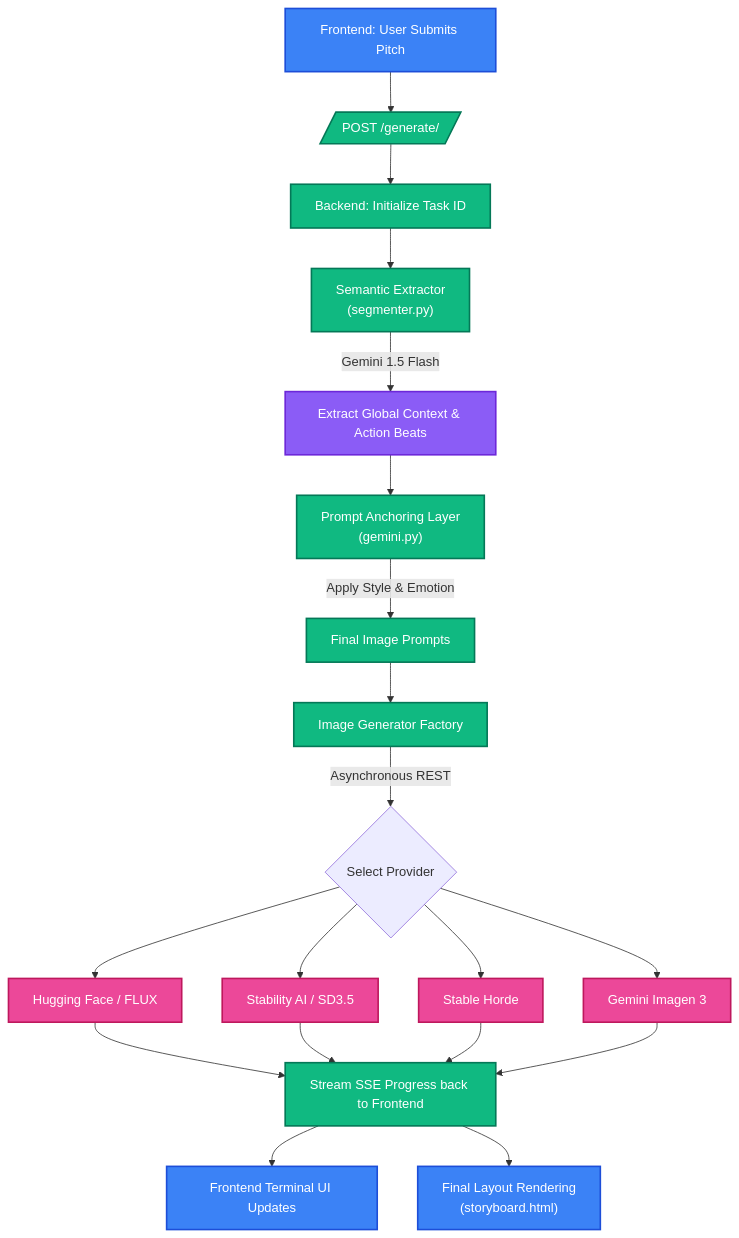
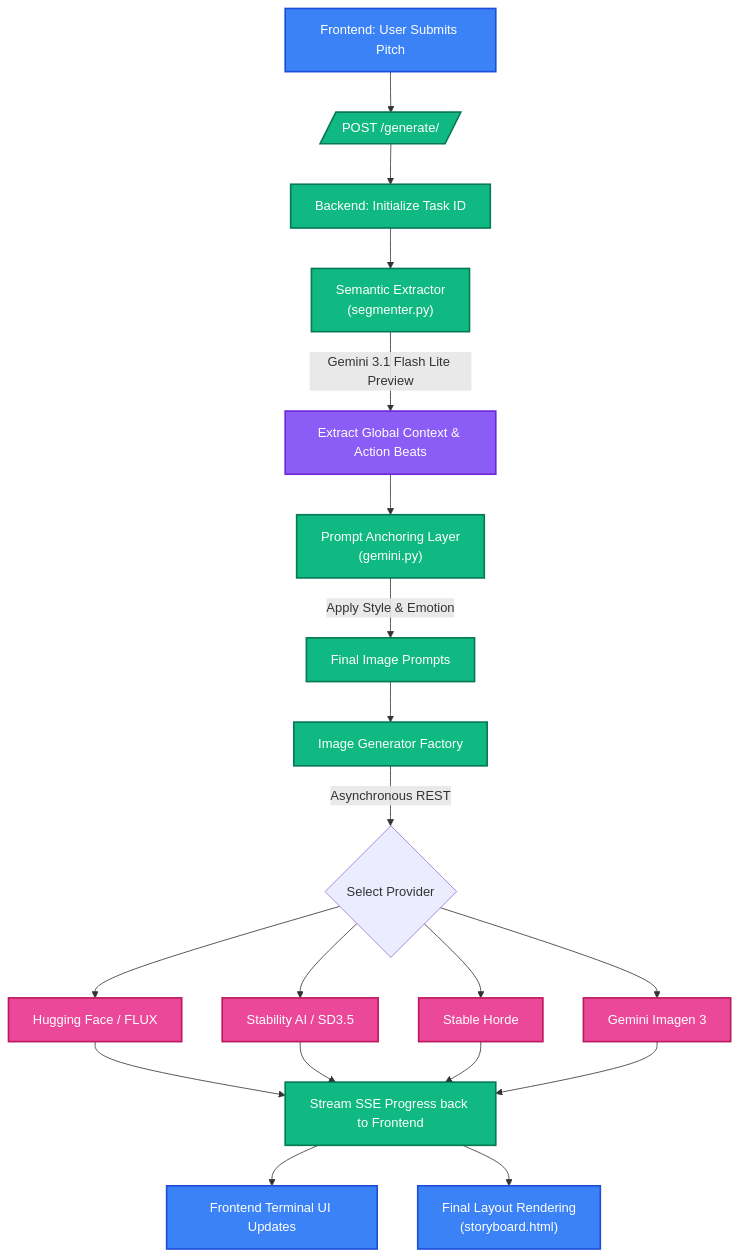
The first of 2 diagrams in README.md (Amitkr1311/StoryForge), drawn with Mermaid before and after one commit. The commit also changed other lines of this file, not shown here.

````diff
--- a/README.md
+++ b/README.md
@@ -27,31 +31,31 @@
 ```mermaid
 graph TD
     classDef frontend fill:#3b82f6,stroke:#1d4ed8,stroke-width:2px,color:#fff;
     classDef backend fill:#10b981,stroke:#047857,stroke-width:2px,color:#fff;
     classDef llm fill:#8b5cf6,stroke:#6d28d9,stroke-width:2px,color:#fff;
     classDef imageGen fill:#ec4899,stroke:#be185d,stroke-width:2px,color:#fff;
 
     UI["Frontend: User Submits Pitch"]:::frontend --> API[/"POST /generate/"/]:::backend
     API --> Queue["Backend: Initialize Task ID"]:::backend
     Queue --> Segmenter["Semantic Extractor<br/>(segmenter.py)"]:::backend
     
-    Segmenter -- "Gemini 1.5 Flash" --> ExtractContext["Extract Global Context & Action Beats"]:::llm
+    Segmenter -- "Gemini 3.1 Flash Lite Preview" --> ExtractContext["Extract Global Context & Action Beats"]:::llm
     ExtractContext --> Prompter["Prompt Anchoring Layer<br/>(gemini.py)"]:::backend
     
     Prompter -- "Apply Style & Emotion" --> BuildPrompts["Final Image Prompts"]:::backend
     BuildPrompts --> ImageEngine["Image Generator Factory"]:::backend
     
     ImageEngine -- "Asynchronous REST" --> Generators{"Select Provider"}
     Generators --> HF["Hugging Face / FLUX"]:::imageGen
     Generators --> SD["Stability AI / SD3.5"]:::imageGen
     Generators --> GH["Stable Horde"]:::imageGen
     Generators --> GM["Gemini Imagen 3"]:::imageGen
     
     HF --> SSE["Stream SSE Progress back to Frontend"]:::backend
     SD --> SSE
     GH --> SSE
     GM --> SSE
     
     SSE --> UIStream["Frontend Terminal UI Updates"]:::frontend
     SSE --> Render["Final Layout Rendering<br/>(storyboard.html)"]:::frontend
 ```
````
